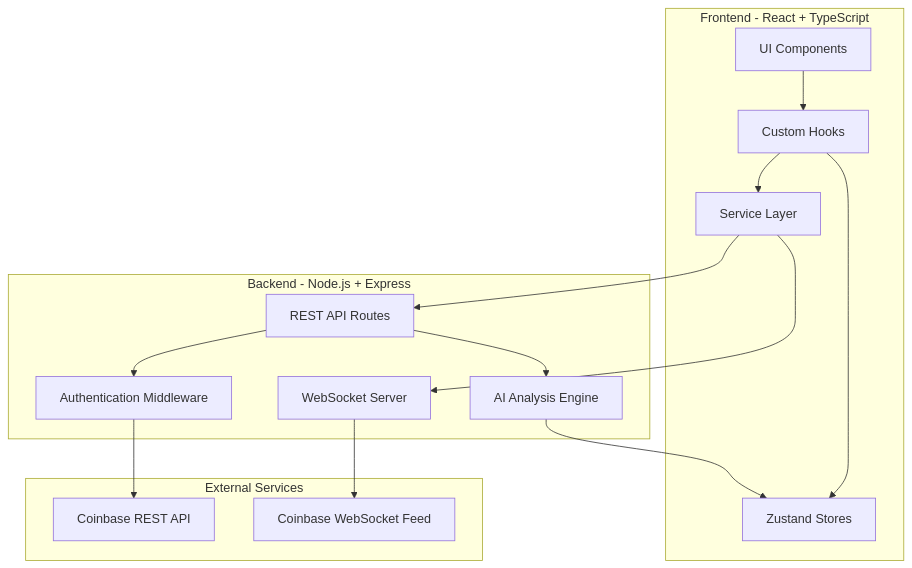
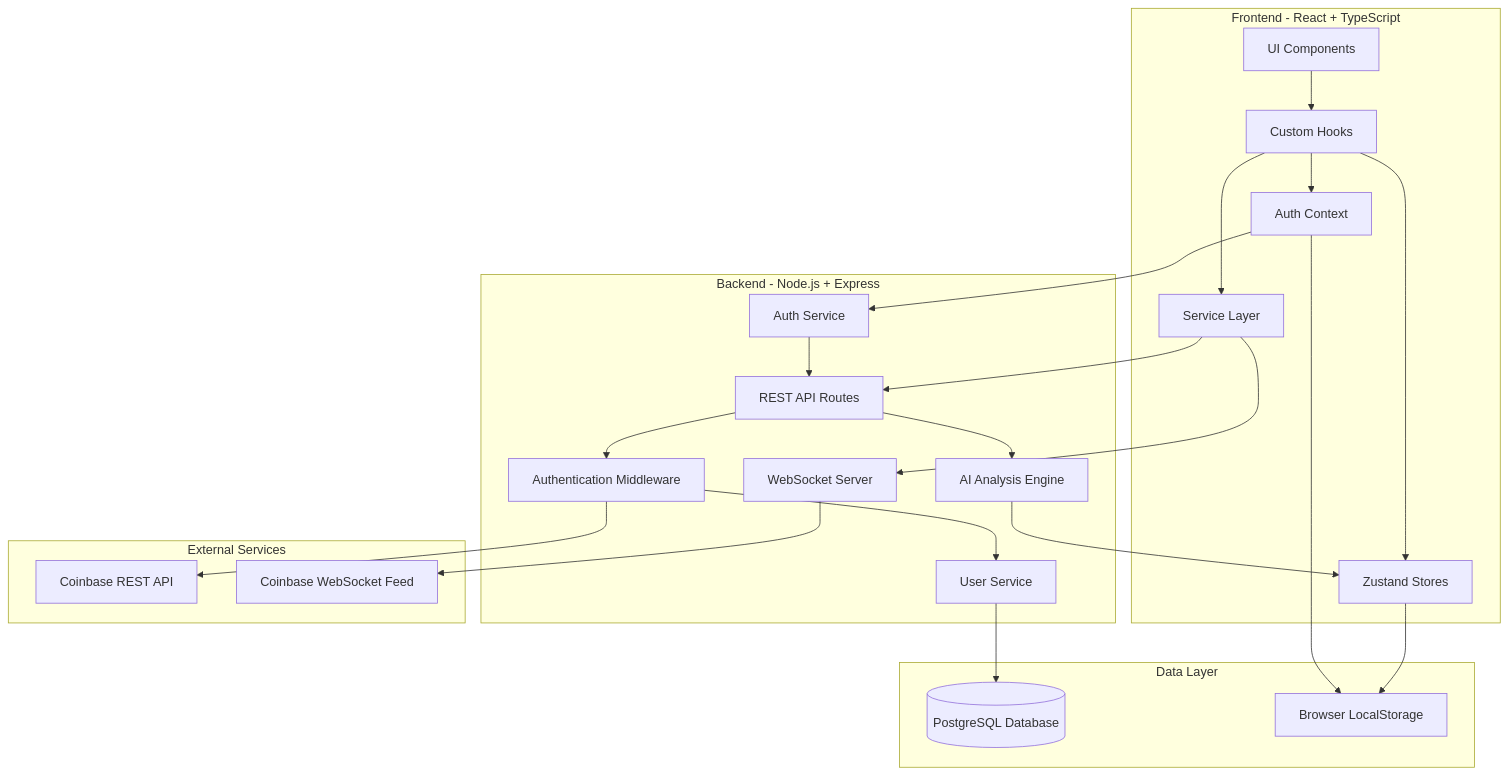
The first of 2 diagrams in .kiro/specs/spectra-crypto-dashboard/design.md (raviosovrann/Spectra), drawn with Mermaid before and after one commit. The commit also changed other lines of this file and 27 other files, not shown here.

First line of the commit message:
feat: implement user authentication system with JWT and encrypted API credentials

````diff
--- a/.kiro/specs/spectra-crypto-dashboard/design.md
+++ b/.kiro/specs/spectra-crypto-dashboard/design.md
@@ -11,33 +11,49 @@
 ```mermaid
 graph TB
     subgraph "Frontend - React + TypeScript"
         UI[UI Components]
         Store[Zustand Stores]
         Hooks[Custom Hooks]
         Services[Service Layer]
+        AuthContext[Auth Context]
     end
 
     subgraph "Backend - Node.js + Express"
         API[REST API Routes]
         WSServer[WebSocket Server]
         AIEngine[AI Analysis Engine]
-        Auth[Authentication Middleware]
+        AuthMiddleware[Authentication Middleware]
+        AuthService[Auth Service]
+        UserService[User Service]
+    end
+
+    subgraph "Data Layer"
+        PostgreSQL[(PostgreSQL Database)]
+        LocalStorage[Browser LocalStorage]
     end
 
     subgraph "External Services"
         CoinbaseREST[Coinbase REST API]
         CoinbaseWS[Coinbase WebSocket Feed]
     end
 
     UI --> Hooks
     Hooks --> Store
     Hooks --> Services
+    Hooks --> AuthContext
     Services --> API
     Services --> WSServer
+    AuthContext --> AuthService
 
-    API --> Auth
-    Auth --> CoinbaseREST
+    API --> AuthMiddleware
+    AuthMiddleware --> UserService
+    UserService --> PostgreSQL
+    AuthService --> API
+    AuthMiddleware --> CoinbaseREST
     WSServer --> CoinbaseWS
     AIEngine --> Store
     API --> AIEngine
+    
+    Store --> LocalStorage
+    AuthContext --> LocalStorage
 ```
````
